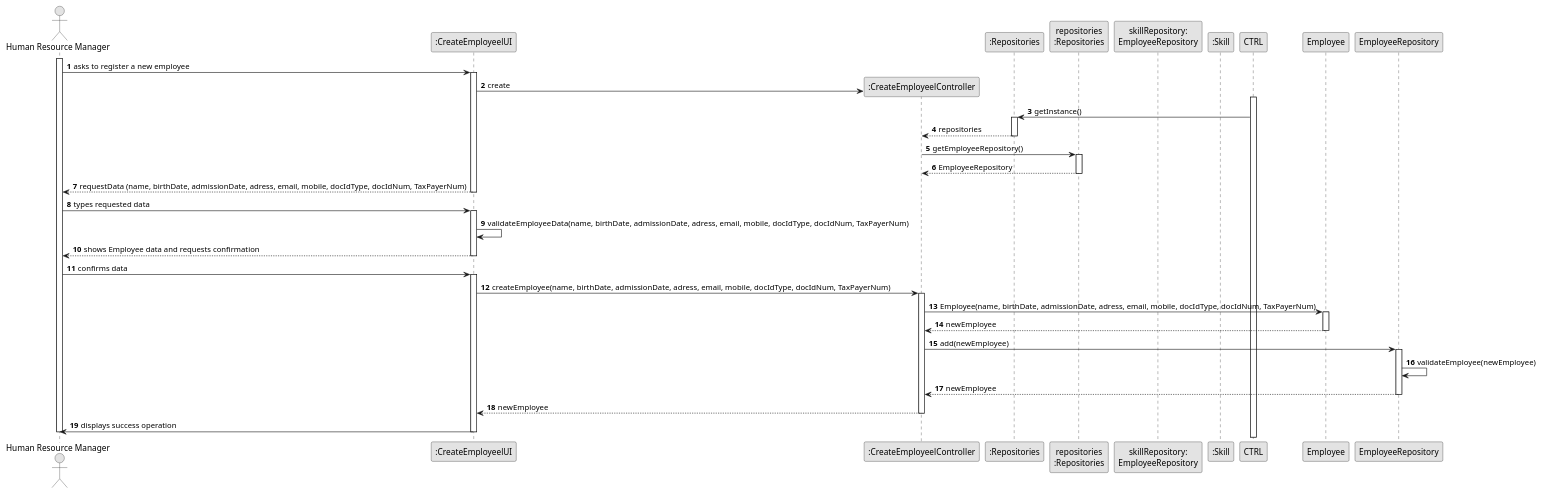
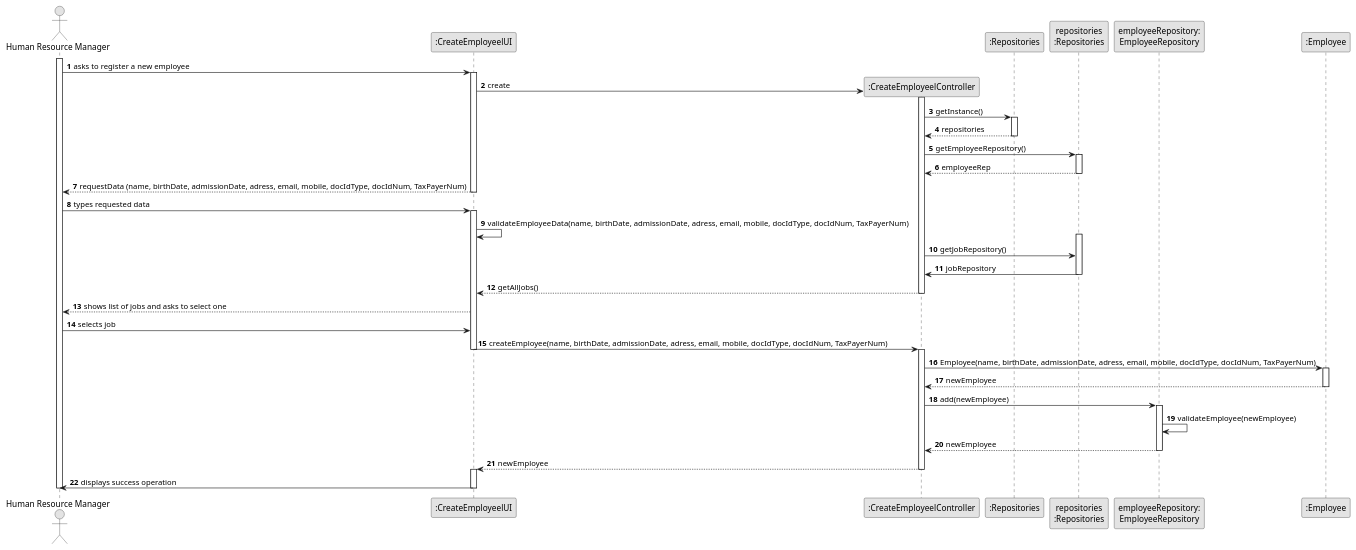
The diagram in docs/sprintB/us03/03.design/puml/us03-sequence-diagram-full.puml (Paulo-Pereira-at-ISEP/lei-24-s2-1nanb-g321), drawn with PlantUML before and after one commit. The commit also changed 4 other files, not shown here.

```diff
--- a/docs/sprintB/us03/03.design/puml/us03-sequence-diagram-full.puml
+++ b/docs/sprintB/us03/03.design/puml/us03-sequence-diagram-full.puml
@@ -1,108 +1,106 @@
 @startuml
 skinparam monochrome true
 skinparam packageStyle rectangle
 skinparam shadowing false
 
 autonumber
 
 'hide footbox
 
 actor "Human Resource Manager" as HRM
 participant ":CreateEmployeelUI" as UI
 participant ":CreateEmployeelController" as controller
 participant ":Repositories" as singleton
-
-
-
 participant "repositories\n:Repositories" as rep
-
-
-participant "skillRepository:\nEmployeeRepository" as skillRep
-participant ":Skill" as SKILL
+participant "employeeRepository:\nEmployeeRepository" as employeeRep
+participant ":Employee" as Employee
 
 activate HRM
 
         HRM -> UI : asks to register a new employee
 
         activate UI
-            'create CTRL
+            'create controller
             UI -> controller** : create
 
-            activate CTRL
+            activate controller
 
-                CTRL -> singleton : getInstance()
+                controller-> singleton : getInstance()
 
                 activate singleton
 
                     singleton --> controller : repositories
 
                 deactivate singleton
 
                 controller -> rep : getEmployeeRepository()
 
                 activate rep
 
-                    rep --> controller : EmployeeRepository
+
+                    rep --> controller : employeeRep
 
                 deactivate rep
 
-            deactivate controller
+
 
 
             'requests the HRM to input data
             UI --> HRM : requestData (name, birthDate, admissionDate, adress, email, mobile, docIdType, docIdNum, TaxPayerNum)
         deactivate UI
 
         HRM -> UI : types requested data
 
         activate UI
 
             UI -> UI : validateEmployeeData(name, birthDate, admissionDate, adress, email, mobile, docIdType, docIdNum, TaxPayerNum)
+        activate rep
 
+            controller -> rep : getJobRepository()
+            rep -> controller : jobRepository
+        deactivate rep
 
+            controller --> UI : getAllJobs()
             deactivate controller
 
-            UI --> HRM : shows Employee data and requests confirmation
+            UI --> HRM : shows list of jobs and asks to select one
 
-        deactivate UI
+            HRM -> UI : selects job
 
-            HRM -> UI : confirms data
-
-        activate UI
-
-            UI -> controller : createEmployee(name, birthDate, admissionDate, adress, email, mobile, docIdType, docIdNum, TaxPayerNum)
+           UI -> controller : createEmployee(name, birthDate, admissionDate, adress, email, mobile, docIdType, docIdNum, TaxPayerNum)
+                   deactivate UI
 
             activate controller
 
 
                 controller -> Employee : Employee(name, birthDate, admissionDate, adress, email, mobile, docIdType, docIdNum, TaxPayerNum)
 
                 activate Employee
 
                 Employee --> controller : newEmployee
 
                 deactivate Employee
 
-                controller -> EmployeeRepository : add(newEmployee)
+                controller -> employeeRep : add(newEmployee)
 
-                activate EmployeeRepository
+                activate employeeRep
 
-                    EmployeeRepository -> EmployeeRepository : validateEmployee(newEmployee)
+                    employeeRep -> employeeRep : validateEmployee(newEmployee)
 
 
-                    EmployeeRepository --> controller : newEmployee
+                    employeeRep --> controller : newEmployee
 
-                deactivate EmployeeRepository
+                deactivate employeeRep
 
             controller --> UI : newEmployee
 
 
         deactivate controller
-
+activate UI
         UI -> HRM : displays success operation
 
     deactivate UI
 
 deactivate HRM
 
 @enduml
```
